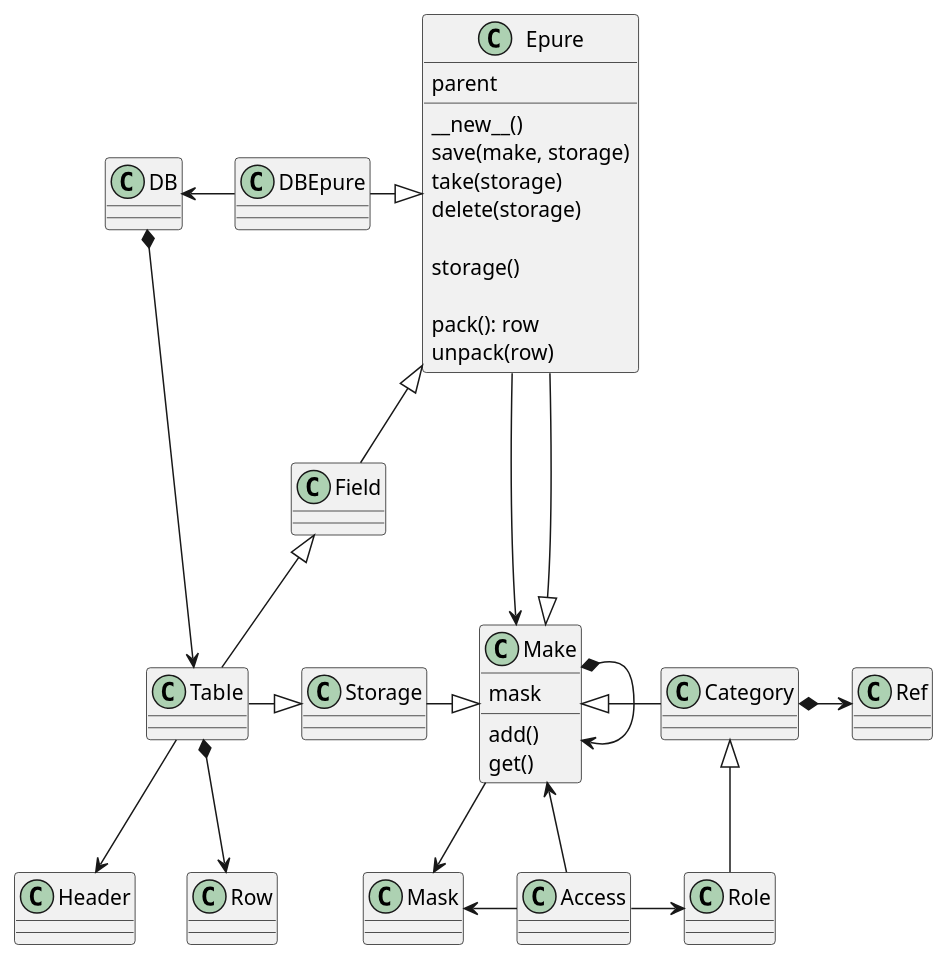
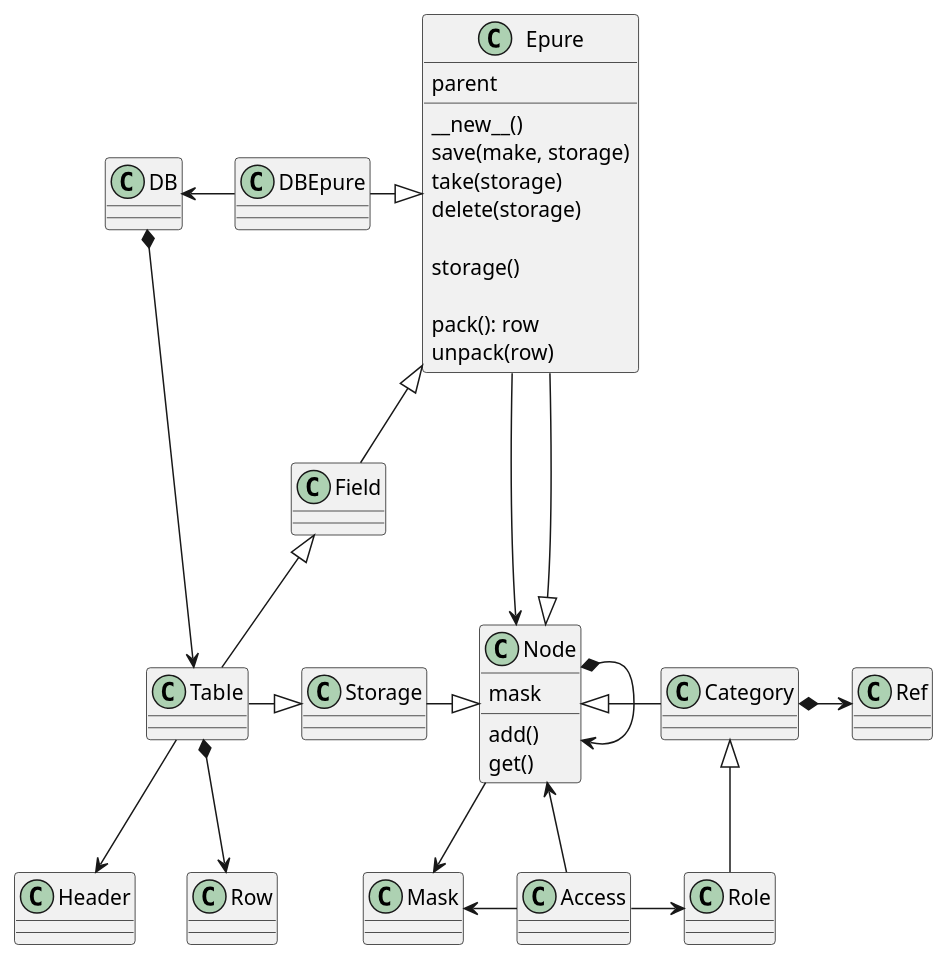
Before and after one commit to nagvalhm/epure: the diagram in uml/epure.wsd, drawn with PlantUML. The commit also changed 3 other files, not shown here.

Commit message:
strage uml

```diff
--- a/uml/epure.wsd
+++ b/uml/epure.wsd
@@ -1,65 +1,65 @@
 
 ' enum box{
 '     null(abstract)
 '     this(parent)
 '     Storage.get(storageName)
 ' }
 
 class Epure{
     parent
     __new__()    
     save(make, storage)
     take(storage)
     delete(storage)
 
     storage()
 
     pack(): row
     unpack(row)
 }
 
-class Make{
+class Node{
     add()
     get()
     mask
 }
 
 ' Storage <|-- EpureStorage
 ' EpureBox *--> Epure
 ' Model --> container
-Epure --> Make
-' Make <|-up- Primitive
+Epure --> Node
+' Node <|-up- Primitive
 
 
-Make *--> Make
-Make <|-left- Storage
+Node *--> Node
+Node <|-left- Storage
 Storage <|-left- Table
 ' Storage <|-- NoSql
 
-Epure --|> Make
+Epure --|> Node
 Epure <|-left- DBEpure
 Field -up-|> Epure
 DBEpure -left-> DB
 Field <|-- Table
 DB *--> Table
 Table --> Header
 Table *--> Row
 
 Category *-right-> Ref
-Make <|-right- Category
-Make --> Mask
+Node <|-right- Category
+Node --> Mask
 
 
 ' Model --> View
 ' Category <|-- View
 ' View o--> Model
 
 Category <|-- Role
 ' Access -up-> Node
     Access -right-> Role
     Access -left-> Mask
-    Access -up-> Make
+    Access -up-> Node
     ' Access -down-> Predicate
 
 ' Migration --> BD
 ' Migration --> Epure
```
